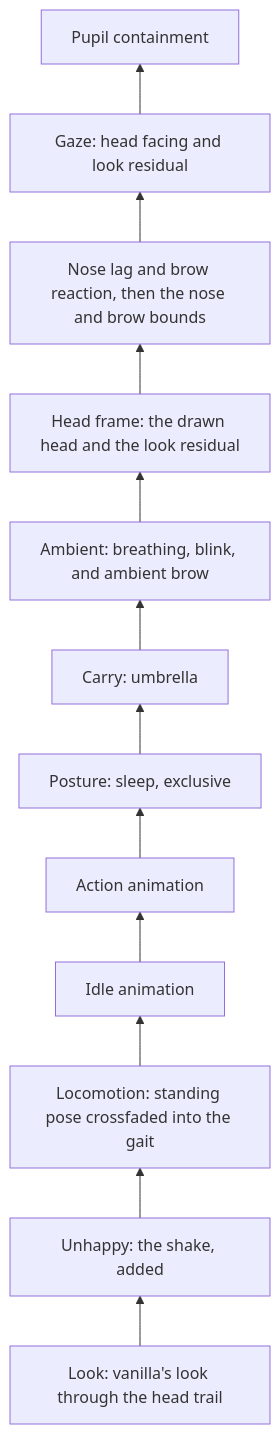
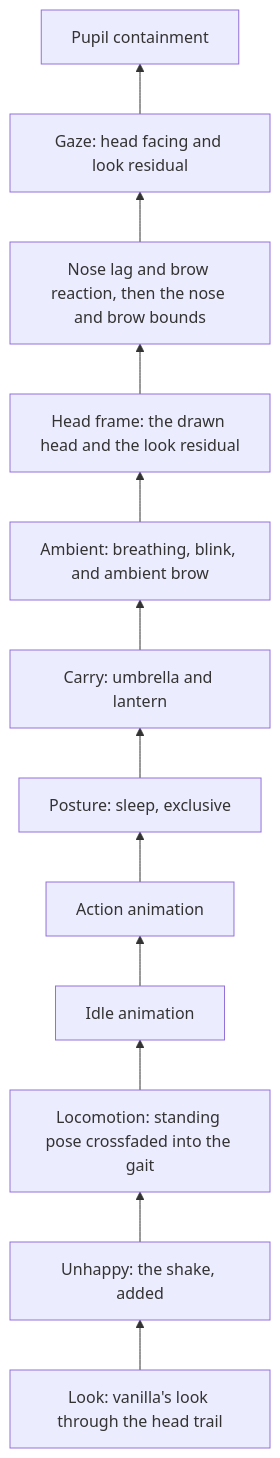
The first of 3 diagrams in docs/references/animation_system.md (breezes-dev/Settlements-Alpha), drawn with Mermaid before and after one commit. The commit also changed other lines of this file and 77 other files, not shown here.

Commit message:
Added lantern carry display

````diff
--- a/docs/references/animation_system.md
+++ b/docs/references/animation_system.md
@@ -116,14 +118,14 @@
 ```mermaid
 flowchart BT
     Look["Look: vanilla's look through the head trail"] --> Unhappy["Unhappy: the shake, added"]
     Unhappy --> Locomotion["Locomotion: standing pose crossfaded into the gait"]
     Locomotion --> Idle["Idle animation"]
     Idle --> Action["Action animation"]
     Action --> Posture["Posture: sleep, exclusive"]
-    Posture --> Carry["Carry: umbrella"]
+    Posture --> Carry["Carry: umbrella and lantern"]
     Carry --> Ambient["Ambient: breathing, blink, and ambient brow"]
     Ambient --> HeadFrame["Head frame: the drawn head and the look residual"]
     HeadFrame --> Followers["Nose lag and brow reaction, then the nose and brow bounds"]
     Followers --> Gaze["Gaze: head facing and look residual"]
     Gaze --> Containment["Pupil containment"]
 ```
````
